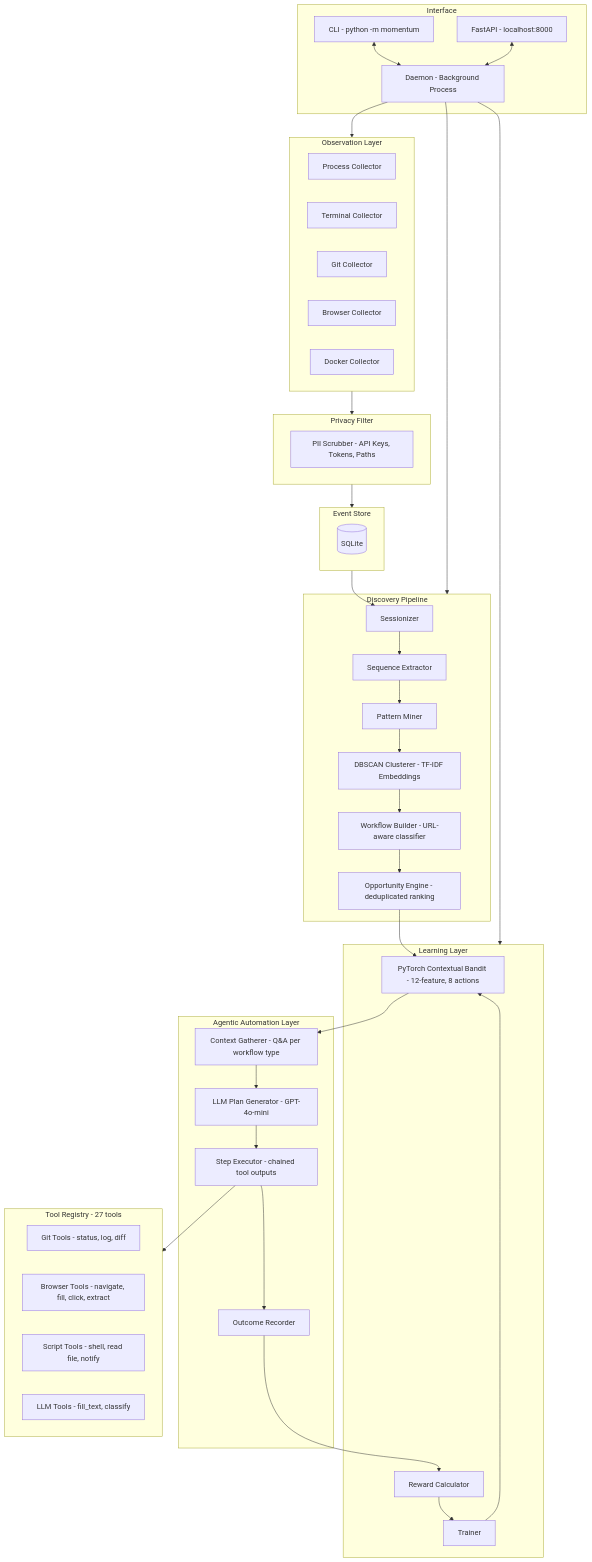
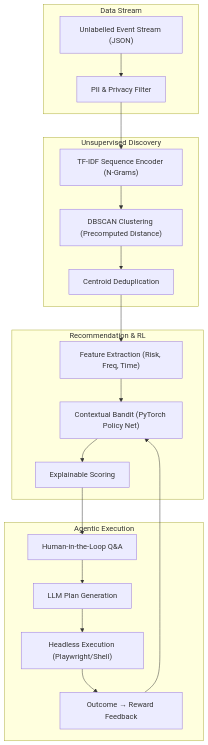
One commit to Ujjwal-Bajpayee/MOMENTUM changed the diagram in README.md. Above: the diagram before and after it, drawn with Mermaid. The commit also changed other lines of this file and 140 other files, not shown here.

````diff
--- a/README.md
+++ b/README.md
@@ -40,64 +34,31 @@
 ```mermaid
 graph TD
-    subgraph Collectors["Observation Layer"]
-        PC[Process Collector]
-        TC[Terminal Collector]
-        GC[Git Collector]
-        BC[Browser Collector]
-        DC[Docker Collector]
+    subgraph Data Stream
+        Events["Unlabelled Event Stream (JSON)"]
+        Scrubber["PII & Privacy Filter"]
     end
 
-    subgraph Privacy["Privacy Filter"]
-        PF["PII Scrubber - API Keys, Tokens, Paths"]
+    subgraph Unsupervised Discovery
+        TFIDF["TF-IDF Sequence Encoder (N-Grams)"]
+        DBSCAN["DBSCAN Clustering (Precomputed Distance)"]
+        Dedupe["Centroid Deduplication"]
     end
 
-    subgraph Storage["Event Store"]
-        ES[(SQLite)]
+    subgraph Recommendation & RL
+        Features["Feature Extraction (Risk, Freq, Time)"]
+        Bandit["Contextual Bandit (PyTorch Policy Net)"]
+        Explain["Explainable Scoring"]
     end
 
-    subgraph Discovery["Discovery Pipeline"]
-        SZ[Sessionizer]
-        SE[Sequence Extractor]
-        PM[Pattern Miner]
-        CL["DBSCAN Clusterer - TF-IDF Embeddings"]
-        WB["Workflow Builder - URL-aware classifier"]
-        OE["Opportunity Engine - deduplicated ranking"]
+    subgraph Agentic Execution
+        Context["Human-in-the-Loop Q&A"]
+        LLM["LLM Plan Generation"]
+        Executor["Headless Execution (Playwright/Shell)"]
+        Reward["Outcome → Reward Feedback"]
     end
 
-    subgraph Learning["Learning Layer"]
-        CB["PyTorch Contextual Bandit - 12-feature, 8 actions"]
-        RW[Reward Calculator]
-        TR[Trainer]
-    end
-
-    subgraph Agent["Agentic Automation Layer"]
-        CG["Context Gatherer - Q&A per workflow type"]
-        LLM["LLM Plan Generator - GPT-4o-mini"]
-        EX["Step Executor - chained tool outputs"]
-        OR[Outcome Recorder]
-    end
-
-    subgraph Tools["Tool Registry - 27 tools"]
-        GT["Git Tools - status, log, diff"]
-        BT["Browser Tools - navigate, fill, click, extract"]
-        ST["Script Tools - shell, read file, notify"]
-        LT["LLM Tools - fill_text, classify"]
-    end
-
-    subgraph Interface["Interface"]
-        CLI["CLI - python -m momentum"]
-        API["FastAPI - localhost:8000"]
-        DM["Daemon - Background Process"]
-    end
-
-    Collectors --> Privacy --> Storage
-    Storage --> SZ --> SE --> PM --> CL --> WB --> OE
-    OE --> CB
-    CB --> CG --> LLM --> EX --> OR --> RW --> TR --> CB
-    EX --> Tools
-    CLI <--> DM
-    API <--> DM
-    DM --> Collectors
-    DM --> Discovery
-    DM --> Learning
+    Events --> Scrubber --> TFIDF --> DBSCAN --> Dedupe
+    Dedupe --> Features --> Bandit --> Explain
+    Explain --> Context --> LLM --> Executor --> Reward
+    Reward --> Bandit
 ```
````
